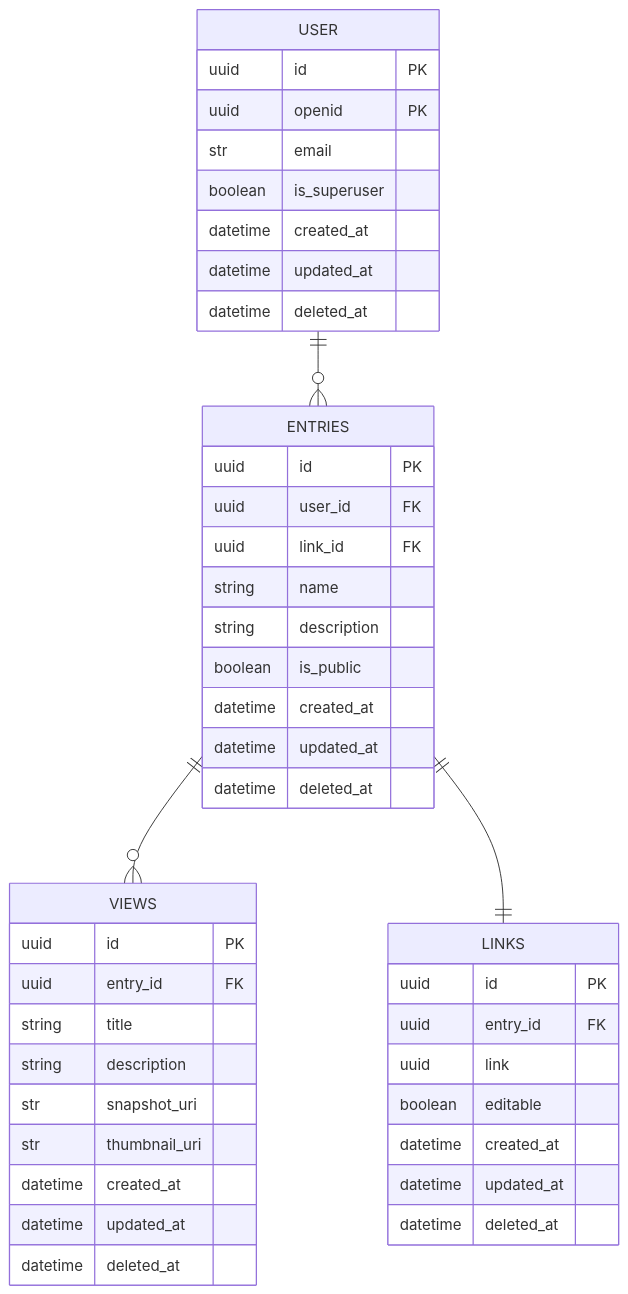
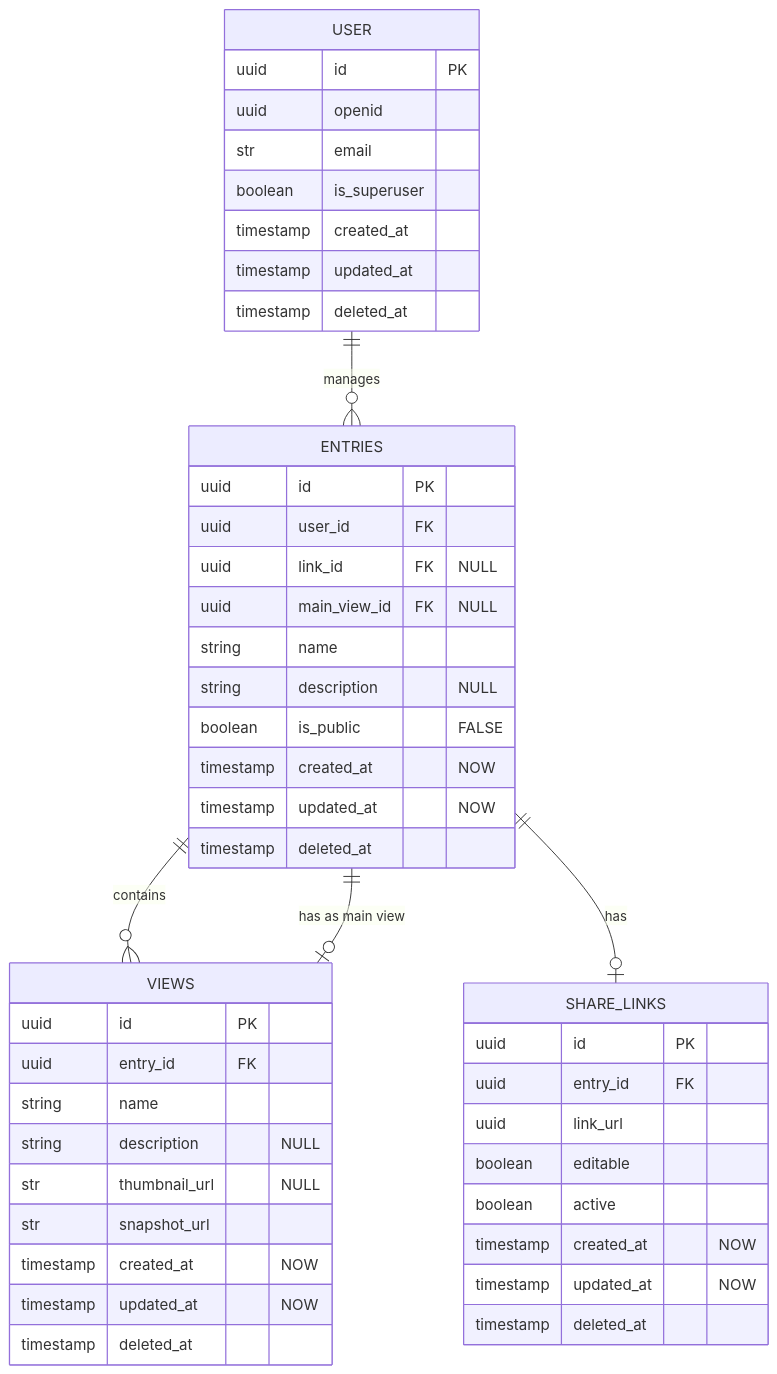
Before and after one commit to MergunFrimen/cellim-viewer: the diagram in docs/erd.mermaid, drawn with Mermaid. The commit also changed 8 other files, not shown here.

```diff
--- a/docs/erd.mermaid
+++ b/docs/erd.mermaid
@@ -1,53 +1,64 @@
 erDiagram
 
     USER {
         uuid id PK
-        uuid openid PK
+
+        uuid openid
         str email
         boolean is_superuser
 
-        datetime created_at
-        datetime updated_at
-        datetime deleted_at
+        timestamp created_at
+        timestamp updated_at
+        timestamp deleted_at
     }
 
     ENTRIES {
         uuid id PK
+    
         uuid user_id FK
-        uuid link_id FK
+        uuid link_id FK "NULL"
+        uuid main_view_id FK "NULL"
+
         string name
-        string description
-        boolean is_public
+        string description "NULL"
+        boolean is_public "FALSE"
 
-        datetime created_at
-        datetime updated_at
-        datetime deleted_at
+        timestamp created_at "NOW"
+        timestamp updated_at "NOW"
+        timestamp deleted_at
     }
     
     VIEWS {
         uuid id PK
+
         uuid entry_id FK
-        string title
-        string description
-        str snapshot_uri
-        str thumbnail_uri
 
-        datetime created_at
-        datetime updated_at
-        datetime deleted_at
+        string name
+        string description "NULL"
+        str thumbnail_url "NULL"
+        str snapshot_url
+
+        timestamp created_at "NOW"
+        timestamp updated_at "NOW"
+        timestamp deleted_at
     }
 
-    LINKS {
+    SHARE_LINKS {
         uuid id PK
+
         uuid entry_id FK
-        uuid link
+
+        uuid link_url
         boolean editable
+        boolean active
 
-        datetime created_at
-        datetime updated_at
-        datetime deleted_at
+        timestamp created_at "NOW"
+        timestamp updated_at "NOW"
+        timestamp deleted_at
     }
+
                 
-    USER ||--o{ ENTRIES : ""
-    ENTRIES ||--o{ VIEWS : ""
-    ENTRIES ||--|| LINKS : ""
+    USER ||--o{ ENTRIES : "manages"
+    ENTRIES ||--o{ VIEWS : "contains"
+    ENTRIES ||--o| VIEWS : "has as main view"
+    ENTRIES ||--o| SHARE_LINKS : "has"
```
